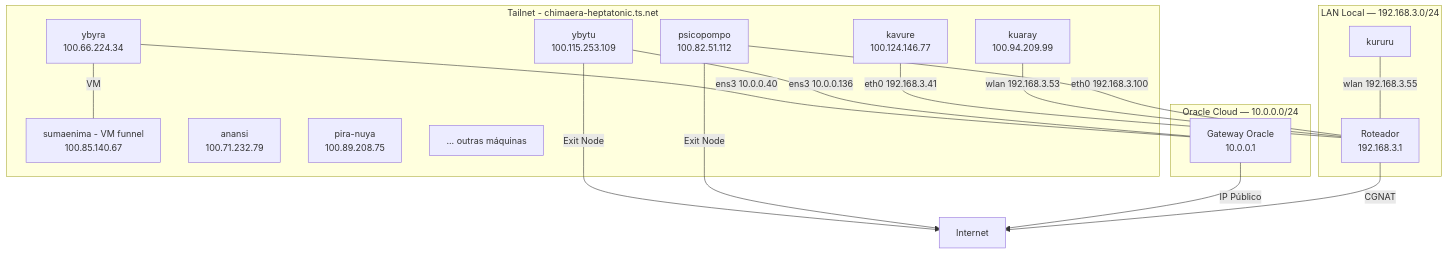
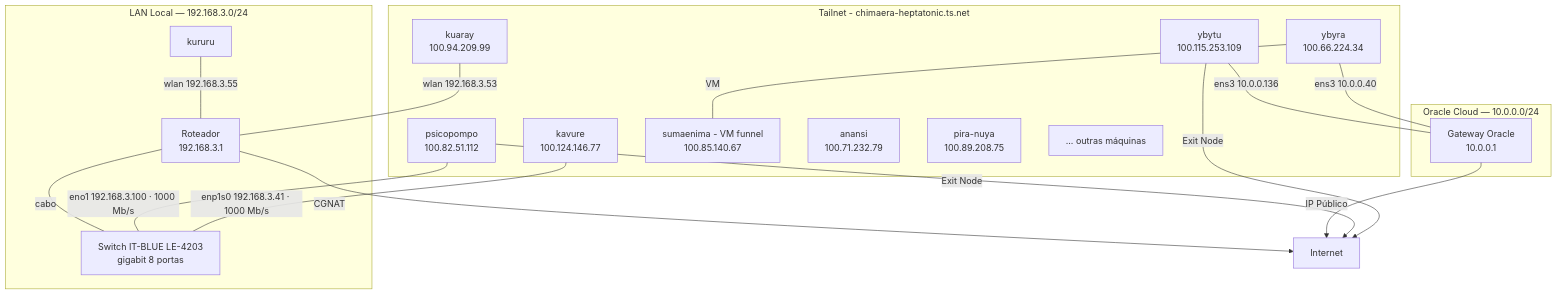
Before and after one commit to ceduardorodrig/MNEMOCINE: the diagram in network/topology.md, drawn with Mermaid. The commit also changed other lines of this file and 18 other files, not shown here.

````diff
--- a/network/topology.md
+++ b/network/topology.md
@@ -24,36 +24,38 @@
 ```mermaid
 graph TB
     internet[Internet]
 
     subgraph tailnet[Tailnet - chimaera-heptatonic.ts.net]
         psicopompo[psicopompo<br>100.82.51.112]
         kuaray[kuaray<br>100.94.209.99]
         ybytu[ybytu<br>100.115.253.109]
         ybyra[ybyra<br>100.66.224.34]
         kavure[kavure<br>100.124.146.77]
         sumaenima[sumaenima - VM funnel<br>100.85.140.67]
         anansi[anansi<br>100.71.232.79]
         pira_nuya[pira-nuya<br>100.89.208.75]
         outras[... outras máquinas]
     end
 
     subgraph lan[LAN Local — 192.168.3.0/24]
         roteador[Roteador<br>192.168.3.1]
-        psicopompo ---|eth0 192.168.3.100| roteador
+        switch[Switch IT-BLUE LE-4203<br>gigabit 8 portas]
+        roteador ---|cabo| switch
+        psicopompo ---|eno1 192.168.3.100 · 1000 Mb/s| switch
+        kavure ---|enp1s0 192.168.3.41 · 1000 Mb/s| switch
         kuaray ---|wlan 192.168.3.53| roteador
-        kavure ---|eth0 192.168.3.41| roteador
         kururu ---|wlan 192.168.3.55| roteador
     end
 
     subgraph oracle[Oracle Cloud — 10.0.0.0/24]
         ybytu ---|ens3 10.0.0.136| oracle_gw[Gateway Oracle<br>10.0.0.1]
         ybyra ---|ens3 10.0.0.40| oracle_gw
         ybyra ---|VM| sumaenima
     end
 
     roteador -->|CGNAT| internet
     oracle_gw -->|IP Público| internet
 
     psicopompo -->|Exit Node| internet
     ybytu -->|Exit Node| internet
 ```
````
